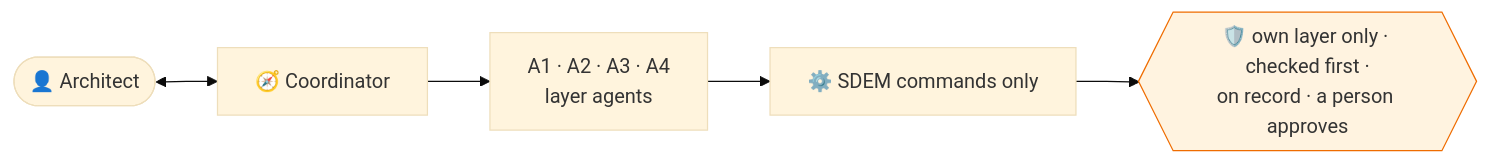
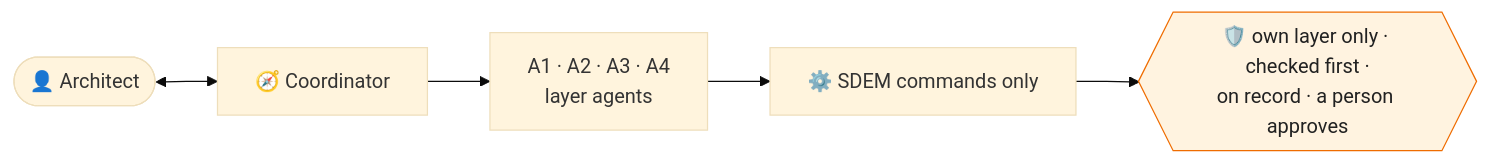
The sixth of 9 diagrams in README.md (taumoeps/bian-sdem-framework), drawn with Mermaid (base theme) before and after one commit. The commit also changed other lines of this file and 1 other file, not shown here.

Commit message:
README: the tools diagram as one left-to-right flow with the commands on its steps; every coloured diagram box sets its text colour (readable in GitHub's dark theme)

````diff
--- a/README.md
+++ b/README.md
@@ -176,9 +162,9 @@
 ```mermaid
 flowchart LR
     Arch(["👤 Architect"]) <--> O["🧭 Coordinator"]
     O --> G["A1 · A2 · A3 · A4<br/>layer agents"]
     G --> S["⚙️ SDEM commands only"]
     S --> Guard{{"🛡️ own layer only · checked first ·<br/>on record · a person approves"}}
-    classDef g fill:#FFF3E0,stroke:#EF6C00
+    classDef g fill:#FFF3E0,stroke:#EF6C00,color:#212121
     class Guard g
 ```
````
